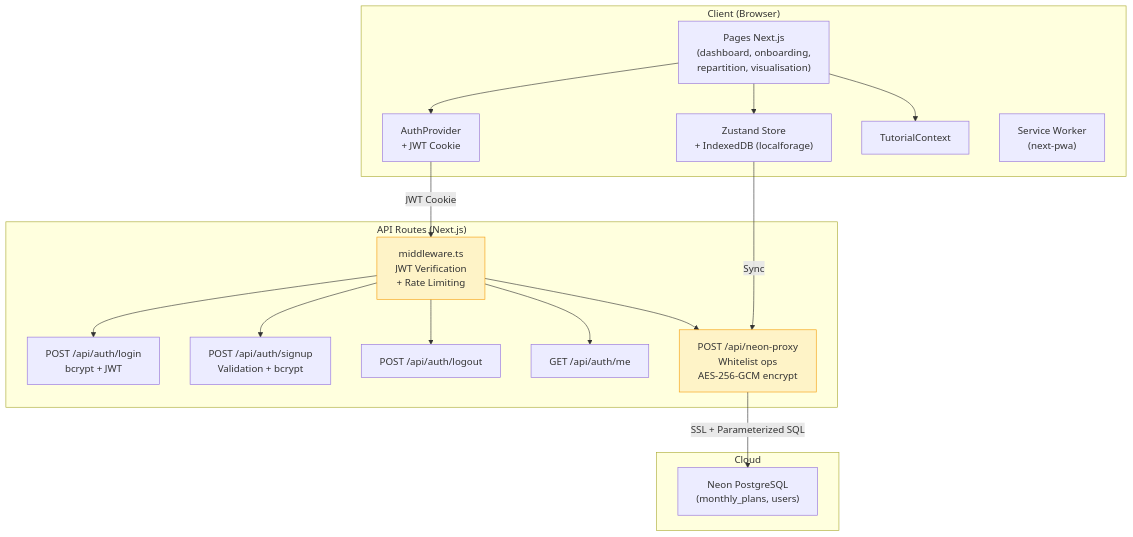
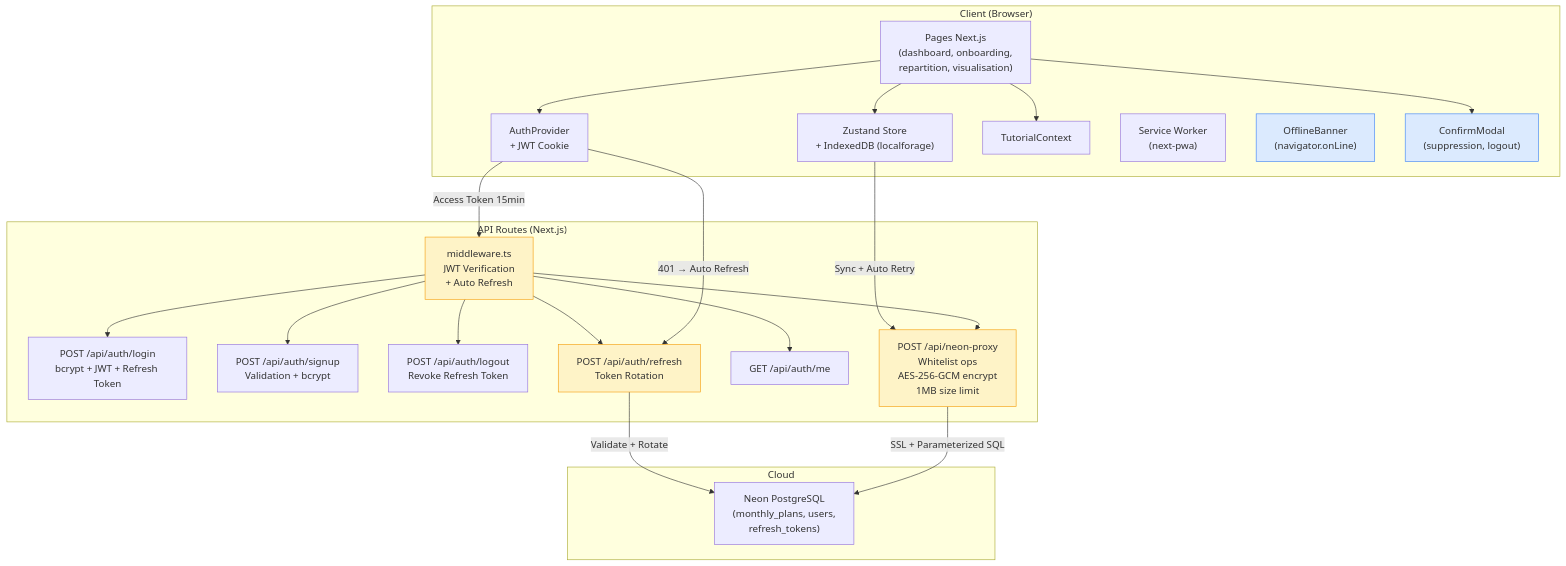
One commit to Lag01/Moneto-v2 changed the diagram in README.md. Above: the diagram before and after it, drawn with Mermaid. The commit also changed other lines of this file and 34 other files, not shown here.

First line of the commit message:
feat: Refresh tokens JWT avec rotation + améliorations UX et nettoyage

````diff
--- a/README.md
+++ b/README.md
@@ -300,38 +300,47 @@
 ```mermaid
 graph TB
     subgraph Client["Client (Browser)"]
         UI["Pages Next.js<br/>(dashboard, onboarding,<br/>repartition, visualisation)"]
         Store["Zustand Store<br/>+ IndexedDB (localforage)"]
         Auth["AuthProvider<br/>+ JWT Cookie"]
         Tutorial["TutorialContext"]
         PWA["Service Worker<br/>(next-pwa)"]
+        Offline["OfflineBanner<br/>(navigator.onLine)"]
+        Confirm["ConfirmModal<br/>(suppression, logout)"]
     end
 
     subgraph Server["API Routes (Next.js)"]
-        Middleware["middleware.ts<br/>JWT Verification<br/>+ Rate Limiting"]
-        LoginAPI["POST /api/auth/login<br/>bcrypt + JWT"]
+        Middleware["middleware.ts<br/>JWT Verification<br/>+ Auto Refresh"]
+        LoginAPI["POST /api/auth/login<br/>bcrypt + JWT + Refresh Token"]
         SignupAPI["POST /api/auth/signup<br/>Validation + bcrypt"]
-        LogoutAPI["POST /api/auth/logout"]
+        LogoutAPI["POST /api/auth/logout<br/>Revoke Refresh Token"]
+        RefreshAPI["POST /api/auth/refresh<br/>Token Rotation"]
         MeAPI["GET /api/auth/me"]
-        NeonProxy["POST /api/neon-proxy<br/>Whitelist ops<br/>AES-256-GCM encrypt"]
+        NeonProxy["POST /api/neon-proxy<br/>Whitelist ops<br/>AES-256-GCM encrypt<br/>1MB size limit"]
     end
 
     subgraph Cloud["Cloud"]
-        Neon["Neon PostgreSQL<br/>(monthly_plans, users)"]
+        Neon["Neon PostgreSQL<br/>(monthly_plans, users,<br/>refresh_tokens)"]
     end
 
     UI --> Store
     UI --> Auth
     UI --> Tutorial
-    Auth -->|JWT Cookie| Middleware
+    UI --> Confirm
+    Auth -->|Access Token 15min| Middleware
+    Auth -->|401 → Auto Refresh| RefreshAPI
     Middleware --> LoginAPI
     Middleware --> SignupAPI
     Middleware --> LogoutAPI
+    Middleware --> RefreshAPI
     Middleware --> MeAPI
     Middleware --> NeonProxy
     NeonProxy -->|SSL + Parameterized SQL| Neon
-    Store -->|Sync| NeonProxy
+    RefreshAPI -->|Validate + Rotate| Neon
+    Store -->|Sync + Auto Retry| NeonProxy
 
     classDef security fill:#fef3c7,stroke:#f59e0b
-    class Middleware,NeonProxy security
+    classDef ux fill:#dbeafe,stroke:#3b82f6
+    class Middleware,NeonProxy,RefreshAPI security
+    class Offline,Confirm ux
 ```
````
